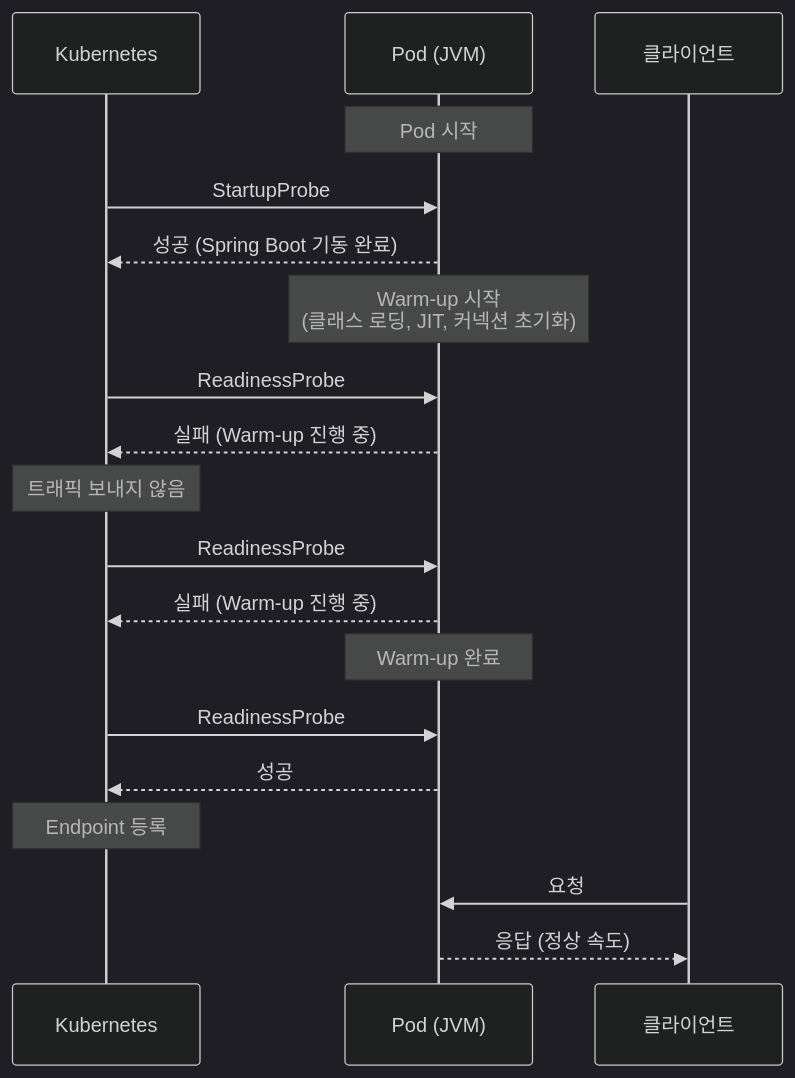
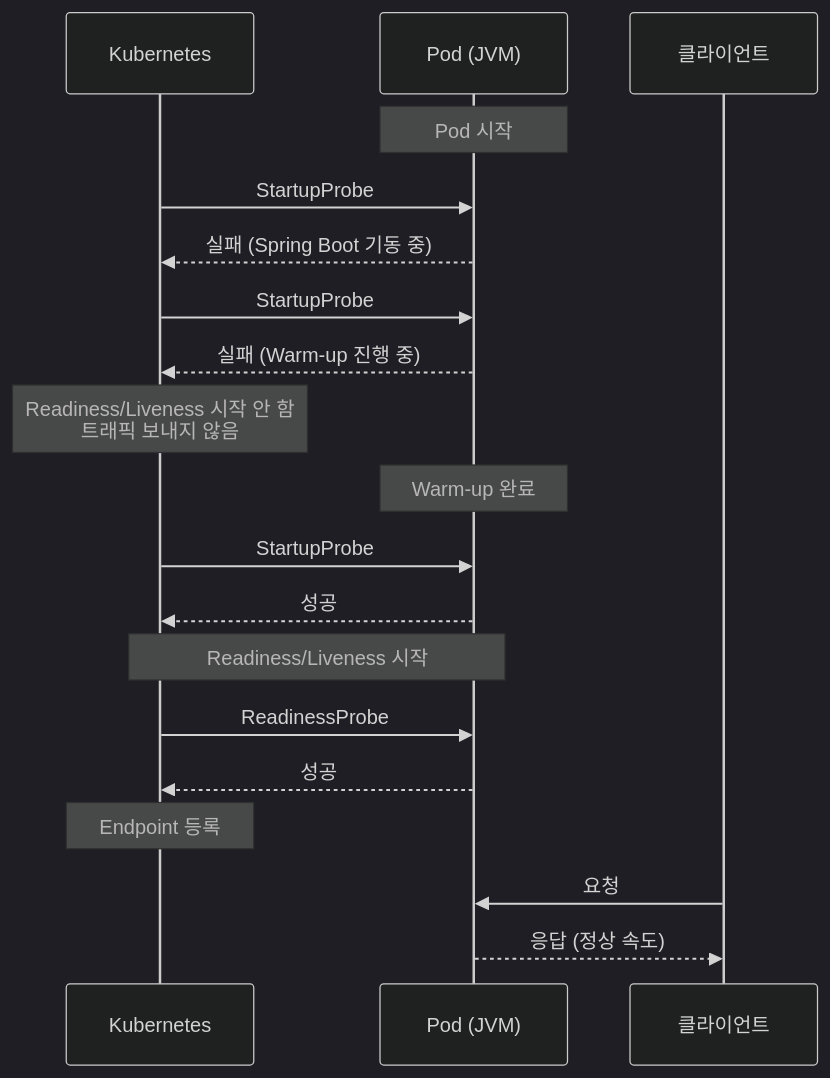
The fifth of 6 diagrams in content/kubernetes/kubernetes-probes-explained.md (kimduksoo/duksoo-tech-blog), drawn with Mermaid (dark theme) before and after one commit. The commit also changed other lines of this file, not shown here.

First line of the commit message:
fix(kubernetes): Warm-up 연동을 ReadinessProbe에서 StartupProbe 방식으로 변경

````diff
--- a/content/kubernetes/kubernetes-probes-explained.md
+++ b/content/kubernetes/kubernetes-probes-explained.md
@@ -327,29 +336,29 @@
 ```mermaid
 sequenceDiagram
     participant K as Kubernetes
     participant P as Pod (JVM)
     participant C as 클라이언트
 
     Note over P: Pod 시작
 
     K->>P: StartupProbe
-    P-->>K: 성공 (Spring Boot 기동 완료)
+    P-->>K: 실패 (Spring Boot 기동 중)
 
-    Note over P: Warm-up 시작<br/>(클래스 로딩, JIT, 커넥션 초기화)
-
-    K->>P: ReadinessProbe
+    K->>P: StartupProbe
     P-->>K: 실패 (Warm-up 진행 중)
-    Note over K: 트래픽 보내지 않음
-
-    K->>P: ReadinessProbe
-    P-->>K: 실패 (Warm-up 진행 중)
+    Note over K: Readiness/Liveness 시작 안 함<br/>트래픽 보내지 않음
 
     Note over P: Warm-up 완료
+
+    K->>P: StartupProbe
+    P-->>K: 성공
+
+    Note over K,P: Readiness/Liveness 시작
 
     K->>P: ReadinessProbe
     P-->>K: 성공
     Note over K: Endpoint 등록
 
     C->>P: 요청
     P-->>C: 응답 (정상 속도)
 ```
````
